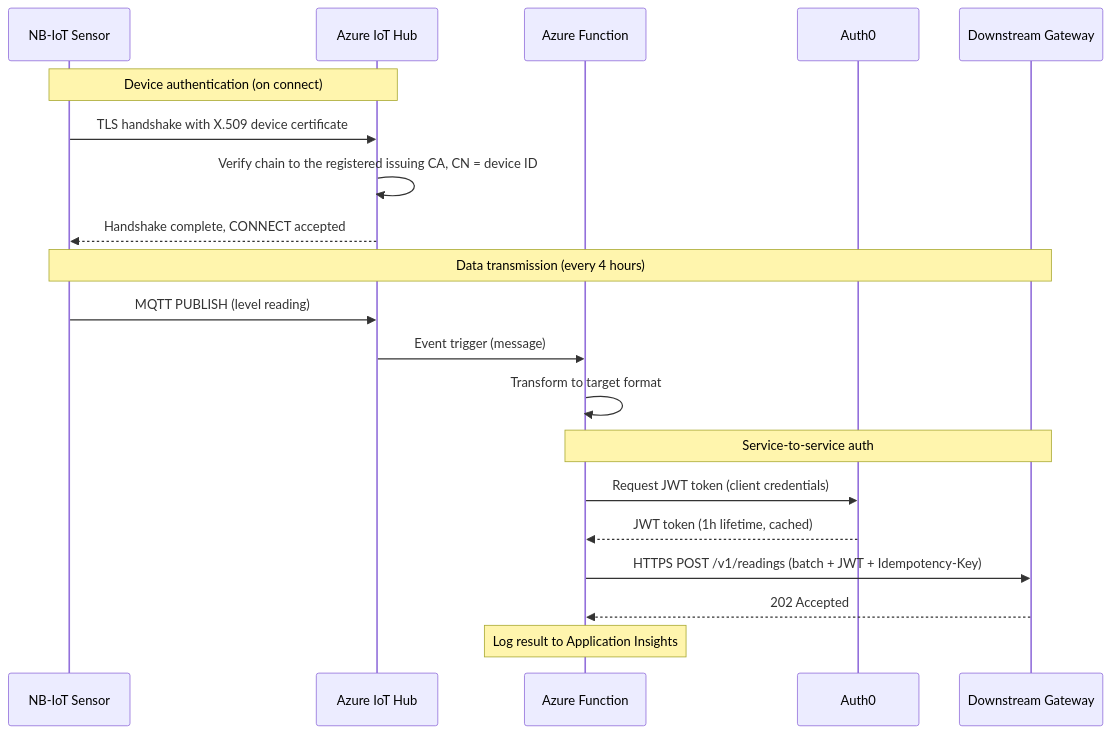
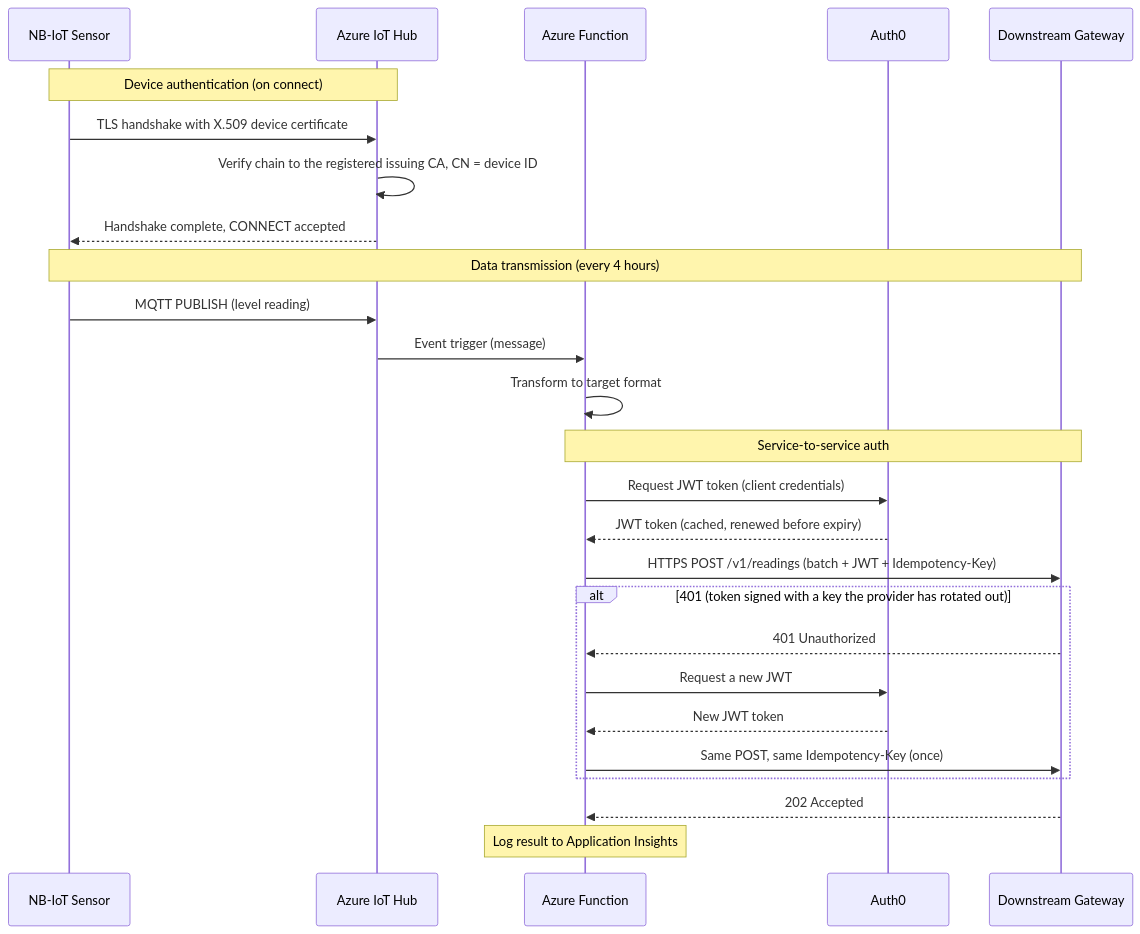
The third of 4 diagrams in docs/architecture.md (asnielsen789/IIoT-platform), drawn with Mermaid before and after one commit. The commit also changed other lines of this file and 2 other files, not shown here.

First line of the commit message:
docs: bring the contracts and architecture in line with the code

````diff
--- a/docs/architecture.md
+++ b/docs/architecture.md
@@ -88,27 +88,33 @@
 ```mermaid
 sequenceDiagram
     participant S as NB-IoT Sensor
     participant IH as Azure IoT Hub
     participant AF as Azure Function
     participant A0 as Auth0
     participant GW as Downstream Gateway
 
     Note over S,IH: Device authentication (on connect)
     S->>IH: TLS handshake with X.509 device certificate
     IH->>IH: Verify chain to the registered issuing CA, CN = device ID
     IH-->>S: Handshake complete, CONNECT accepted
 
     Note over S,GW: Data transmission (every 4 hours)
     S->>IH: MQTT PUBLISH (level reading)
     IH->>AF: Event trigger (message)
     AF->>AF: Transform to target format
 
     Note over AF,GW: Service-to-service auth
     AF->>A0: Request JWT token (client credentials)
-    A0-->>AF: JWT token (1h lifetime, cached)
+    A0-->>AF: JWT token (cached, renewed before expiry)
 
     AF->>GW: HTTPS POST /v1/readings (batch + JWT + Idempotency-Key)
+    alt 401 (token signed with a key the provider has rotated out)
+        GW-->>AF: 401 Unauthorized
+        AF->>A0: Request a new JWT
+        A0-->>AF: New JWT token
+        AF->>GW: Same POST, same Idempotency-Key (once)
+    end
     GW-->>AF: 202 Accepted
 
     Note over AF: Log result to Application Insights
 ```
````
